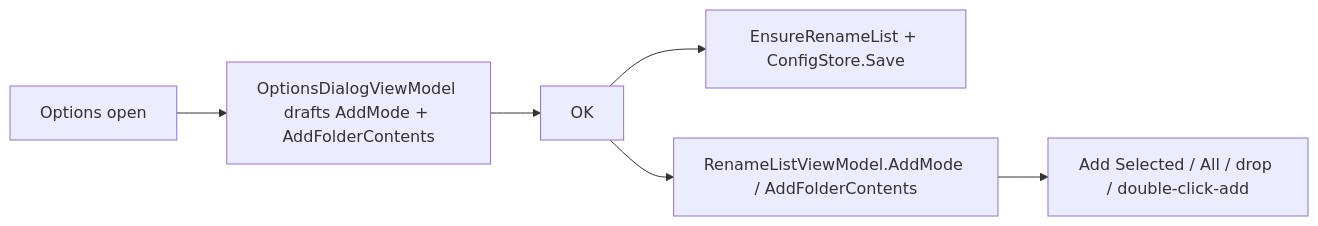
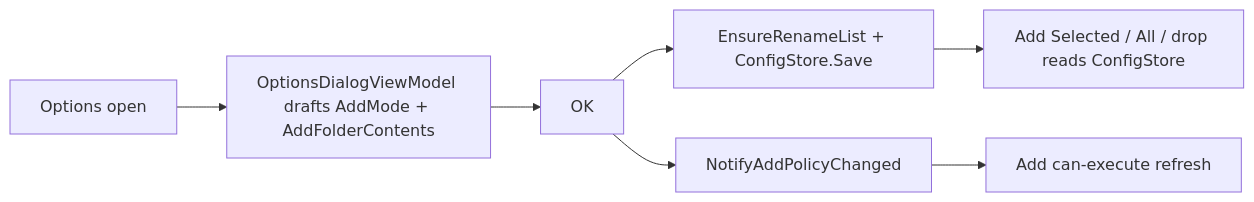
Before and after one commit to davidohana/finebytes: the diagram in docs/plans/options-add-mode.plan.md, drawn with Mermaid. The commit also changed other lines of this file and 10 other files, not shown here.

First line of the commit message:
Refactor Rename List add policy handling in Options dialog.

````diff
--- a/docs/plans/options-add-mode.plan.md
+++ b/docs/plans/options-add-mode.plan.md
@@ -41,8 +45,9 @@
 ```mermaid
 flowchart LR
   Open["Options open"] --> Draft["OptionsDialogViewModel drafts AddMode + AddFolderContents"]
   Draft --> Ok["OK"]
   Ok --> Store["EnsureRenameList + ConfigStore.Save"]
-  Ok --> Vm["RenameListViewModel.AddMode / AddFolderContents"]
-  Vm --> Add["Add Selected / All / drop / double-click-add"]
+  Ok --> Notify["NotifyAddPolicyChanged"]
+  Store --> Add["Add Selected / All / drop reads ConfigStore"]
+  Notify --> CanExec["Add can-execute refresh"]
 ```
````
